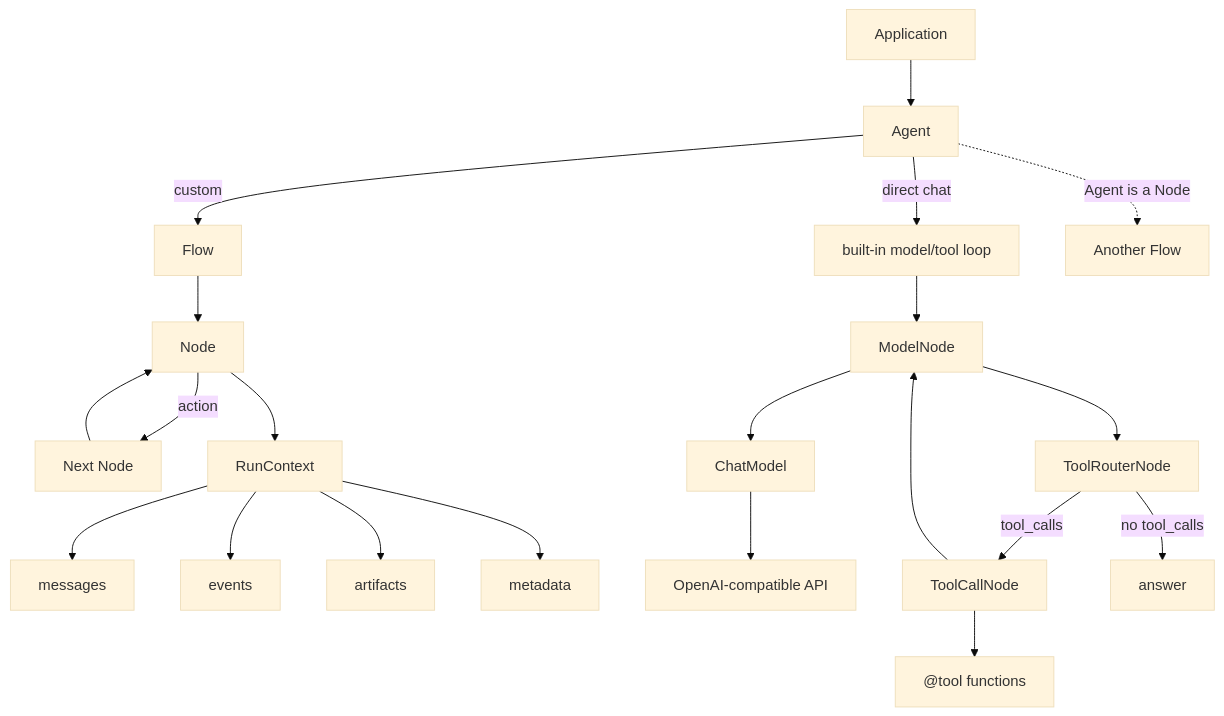
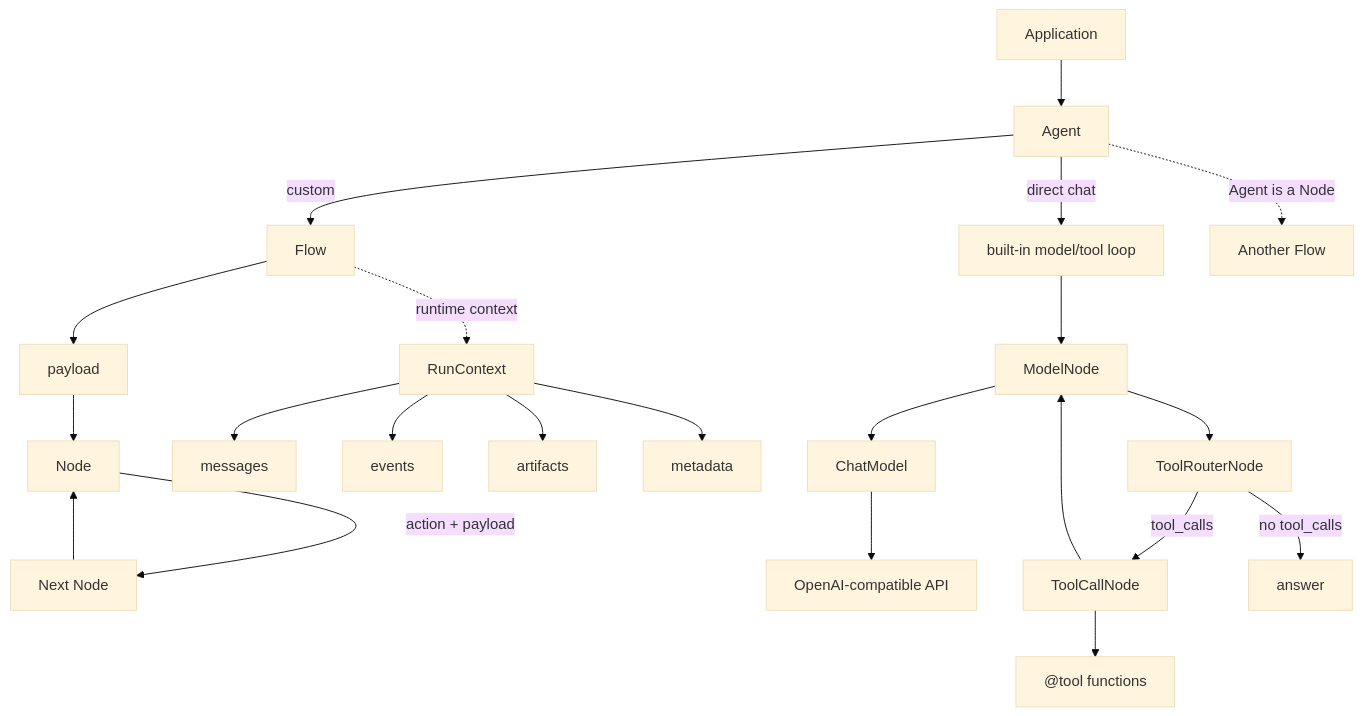
One commit to Lancetwang/agent-core-runtime changed the diagram in README.md. Above: the diagram before and after it, drawn with Mermaid (base theme). The commit also changed other lines of this file and 5 other files, not shown here.

Commit message:
Separate payload from run context

````diff
--- a/README.md
+++ b/README.md
@@ -22,26 +23,27 @@
 ```mermaid
 flowchart TD
     App["Application"] --> Agent["Agent"]
     Agent -->|"direct chat"| BuiltIn["built-in model/tool loop"]
     Agent -->|"custom"| Flow["Flow"]
     Agent -. "Agent is a Node" .-> OuterFlow["Another Flow"]
 
-    Flow --> Node["Node"]
-    Node -->|"action"| Next["Next Node"]
+    Flow --> Payload["payload"]
+    Payload --> Node["Node"]
+    Node -->|"action + payload"| Next["Next Node"]
     Next --> Node
 
-    Node --> Context["RunContext"]
+    Flow -. "runtime context" .-> Context["RunContext"]
     Context --> Messages["messages"]
     Context --> Events["events"]
     Context --> Artifacts["artifacts"]
     Context --> Metadata["metadata"]
 
     BuiltIn --> ModelNode["ModelNode"]
     ModelNode --> ChatModel["ChatModel"]
     ChatModel --> OpenAI["OpenAI-compatible API"]
     ModelNode --> Router["ToolRouterNode"]
     Router -->|"tool_calls"| ToolNode["ToolCallNode"]
     ToolNode --> Tools["@tool functions"]
     ToolNode --> ModelNode
     Router -->|"no tool_calls"| Answer["answer"]
 ```
````
